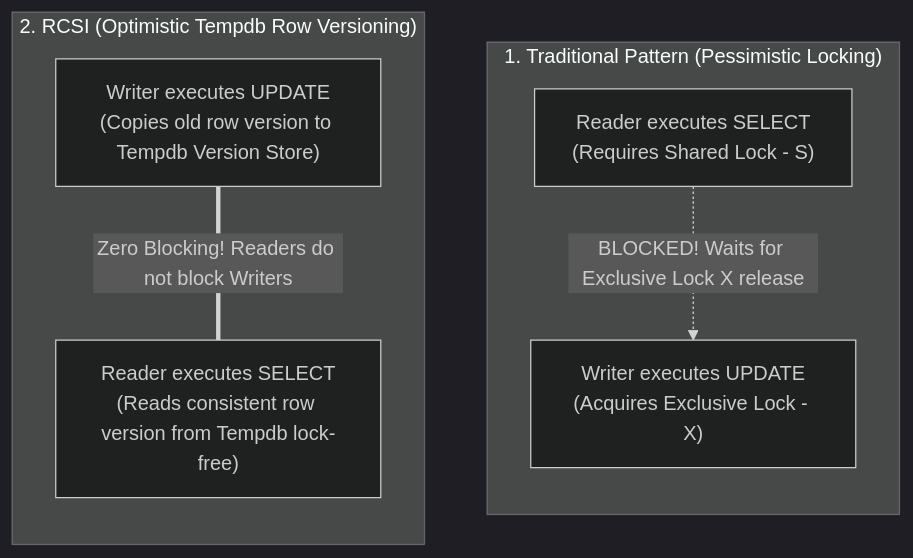
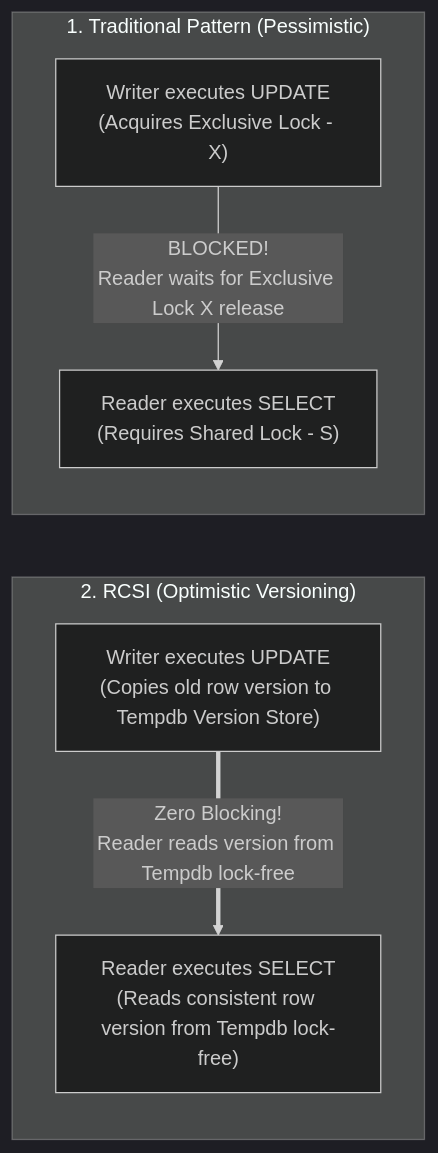
The diagram in certification/06-performance-optimization/02-transaction-isolation-concurrency.md (jucelinoss/dp-800-study-guide), drawn with Mermaid (dark theme) before and after one commit. The commit also changed 4 other files, not shown here.

````diff
--- a/certification/06-performance-optimization/02-transaction-isolation-concurrency.md
+++ b/certification/06-performance-optimization/02-transaction-isolation-concurrency.md
@@ -71,16 +71,18 @@
 ```mermaid
 flowchart TD
-    subgraph PESSIMISTIC ["1. Traditional Pattern (Pessimistic Locking)"]
+    subgraph PESSIMISTIC ["1. Traditional Pattern (Pessimistic)<br/>&nbsp;"]
         direction TB
         W1["Writer executes UPDATE<br/>(Acquires Exclusive Lock - X)"]
         R1["Reader executes SELECT<br/>(Requires Shared Lock - S)"]
-        R1 -. "BLOCKED! Waits for Exclusive Lock X release" .-> W1
+        W1 -->|"BLOCKED!<br/>Reader waits for Exclusive Lock X release"| R1
     end
 
-    subgraph RCSI ["2. RCSI (Optimistic Tempdb Row Versioning)"]
+    subgraph RCSI ["2. RCSI (Optimistic Versioning)<br/>&nbsp;"]
         direction TB
         W2["Writer executes UPDATE<br/>(Copies old row version to Tempdb Version Store)"]
         R2["Reader executes SELECT<br/>(Reads consistent row version from Tempdb lock-free)"]
-        W2 ===|Zero Blocking! Readers do not block Writers| R2
+        W2 ==>|"Zero Blocking!<br/>Reader reads version from Tempdb lock-free"| R2
     end
+
+    PESSIMISTIC ~~~ RCSI
 ```
````
